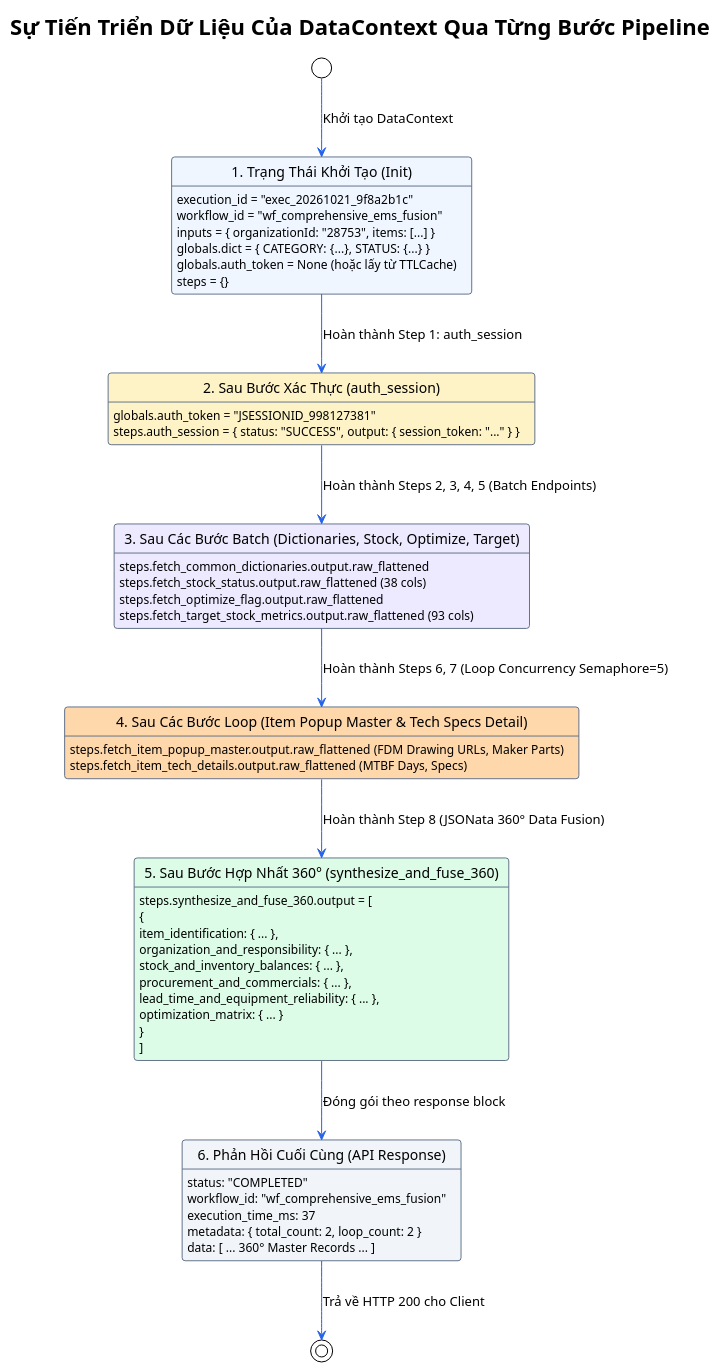
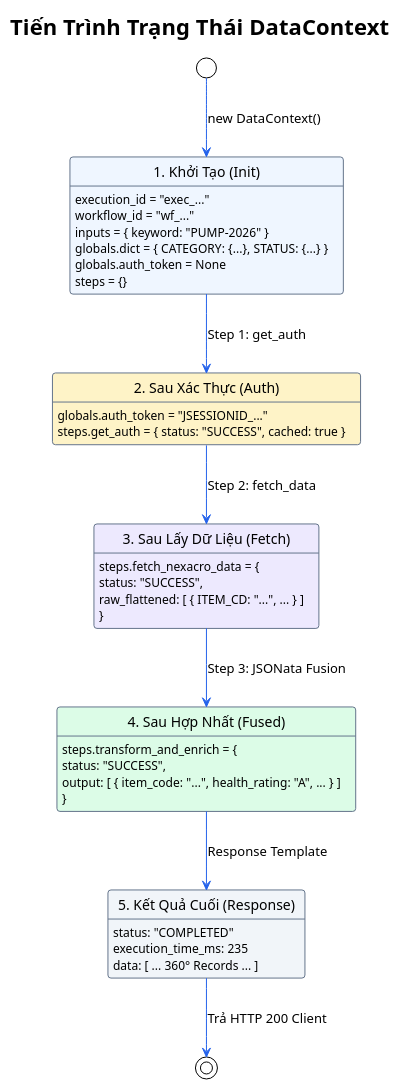
Before and after one commit to longphamduc-vn/omni-ems: the sixth of 7 diagrams in workflow-engine/docs/ARCHITECTURE_DIAGRAMS.md, drawn with PlantUML. The commit also changed other lines of this file and 11 other files, not shown here.

Commit message:
feat: add 1-click execution scripts for Windows and WSL, update architecture documentation and README

````diff
--- a/workflow-engine/docs/ARCHITECTURE_DIAGRAMS.md
+++ b/workflow-engine/docs/ARCHITECTURE_DIAGRAMS.md
@@ -551,77 +476,62 @@
 ```plantuml
 @startuml DataContext_State_Evolution
 !theme plain
 skinparam backgroundColor #FFFFFF
 skinparam roundcorner 6
 skinparam shadowing false
 skinparam state {
     BackgroundColor #F8FAFC
     BorderColor #64748B
     ArrowColor #2563EB
 }
 
-title Sự Tiến Triển Dữ Liệu Của DataContext Qua Từng Bước Pipeline
+title Tiến Trình Trạng Thái DataContext
 
-[*] --> InitialState : Khởi tạo DataContext
+[*] --> InitialState : new DataContext()
 
-state "1. Trạng Thái Khởi Tạo (Init)" as InitialState #EFF6FF {
-    InitialState : execution_id = "exec_20261021_9f8a2b1c"
-    InitialState : workflow_id = "wf_comprehensive_ems_fusion"
-    InitialState : inputs = { organizationId: "28753", items: [...] }
+state "1. Khởi Tạo (Init)" as InitialState #EFF6FF {
+    InitialState : execution_id = "exec_..."
+    InitialState : workflow_id = "wf_..."
+    InitialState : inputs = { keyword: "PUMP-2026" }
     InitialState : globals.dict = { CATEGORY: {...}, STATUS: {...} }
-    InitialState : globals.auth_token = None (hoặc lấy từ TTLCache)
+    InitialState : globals.auth_token = None
     InitialState : steps = {}
 }
 
-InitialState --> AfterAuth : Hoàn thành Step 1: auth_session
+InitialState --> AfterAuth : Step 1: get_auth
 
-state "2. Sau Bước Xác Thực (auth_session)" as AfterAuth #FEF3C7 {
-    AfterAuth : globals.auth_token = "JSESSIONID_998127381"
-    AfterAuth : steps.auth_session = { status: "SUCCESS", output: { session_token: "..." } }
+state "2. Sau Xác Thực (Auth)" as AfterAuth #FEF3C7 {
+    AfterAuth : globals.auth_token = "JSESSIONID_..."
+    AfterAuth : steps.get_auth = { status: "SUCCESS", cached: true }
 }
 
-AfterAuth --> AfterBatch : Hoàn thành Steps 2, 3, 4, 5 (Batch Endpoints)
+AfterAuth --> AfterFetch : Step 2: fetch_data
 
-state "3. Sau Các Bước Batch (Dictionaries, Stock, Optimize, Target)" as AfterBatch #EDE9FE {
-    AfterBatch : steps.fetch_common_dictionaries.output.raw_flattened
-    AfterBatch : steps.fetch_stock_status.output.raw_flattened (38 cols)
-    AfterBatch : steps.fetch_optimize_flag.output.raw_flattened
-    AfterBatch : steps.fetch_target_stock_metrics.output.raw_flattened (93 cols)
+state "3. Sau Lấy Dữ Liệu (Fetch)" as AfterFetch #EDE9FE {
+    AfterFetch : steps.fetch_nexacro_data = {
+    AfterFetch :   status: "SUCCESS",
+    AfterFetch :   raw_flattened: [ { ITEM_CD: "...", ... } ]
+    AfterFetch : }
 }
 
-AfterBatch --> AfterLoop : Hoàn thành Steps 6, 7 (Loop Concurrency Semaphore=5)
+AfterFetch --> AfterTransform : Step 3: JSONata Fusion
 
-state "4. Sau Các Bước Loop (Item Popup Master & Tech Specs Detail)" as AfterLoop #FED7AA {
-    AfterLoop : steps.fetch_item_popup_master.output.raw_flattened (FDM Drawing URLs, Maker Parts)
-    AfterLoop : steps.fetch_item_tech_details.output.raw_flattened (MTBF Days, Specs)
+state "4. Sau Hợp Nhất (Fused)" as AfterTransform #DCFCE7 {
+    AfterTransform : steps.transform_and_enrich = {
+    AfterTransform :   status: "SUCCESS",
+    AfterTransform :   output: [ { item_code: "...", health_rating: "A", ... } ]
+    AfterTransform : }
 }
 
-AfterLoop --> AfterFusion : Hoàn thành Step 8 (JSONata 360° Data Fusion)
+AfterTransform --> FinalResponse : Response Template
 
-state "5. Sau Bước Hợp Nhất 360° (synthesize_and_fuse_360)" as AfterFusion #DCFCE7 {
-    AfterFusion : steps.synthesize_and_fuse_360.output = [
-    AfterFusion :   {
-    AfterFusion :     item_identification: { ... },
-    AfterFusion :     organization_and_responsibility: { ... },
-    AfterFusion :     stock_and_inventory_balances: { ... },
-    AfterFusion :     procurement_and_commercials: { ... },
-    AfterFusion :     lead_time_and_equipment_reliability: { ... },
-    AfterFusion :     optimization_matrix: { ... }
-    AfterFusion :   }
-    AfterFusion : ]
+state "5. Kết Quả Cuối (Response)" as FinalResponse #F1F5F9 {
+    FinalResponse : status: "COMPLETED"
+    FinalResponse : execution_time_ms: 235
+    FinalResponse : data: [ ... 360° Records ... ]
 }
 
-AfterFusion --> FinalResponse : Đóng gói theo response block
-
-state "6. Phản Hồi Cuối Cùng (API Response)" as FinalResponse #F1F5F9 {
-    FinalResponse : status: "COMPLETED"
-    FinalResponse : workflow_id: "wf_comprehensive_ems_fusion"
-    FinalResponse : execution_time_ms: 37
-    FinalResponse : metadata: { total_count: 2, loop_count: 2 }
-    FinalResponse : data: [ ... 360° Master Records ... ]
-}
-
-FinalResponse --> [*] : Trả về HTTP 200 cho Client
+FinalResponse --> [*] : Trả HTTP 200 Client
 
 @enduml
 ```
````
